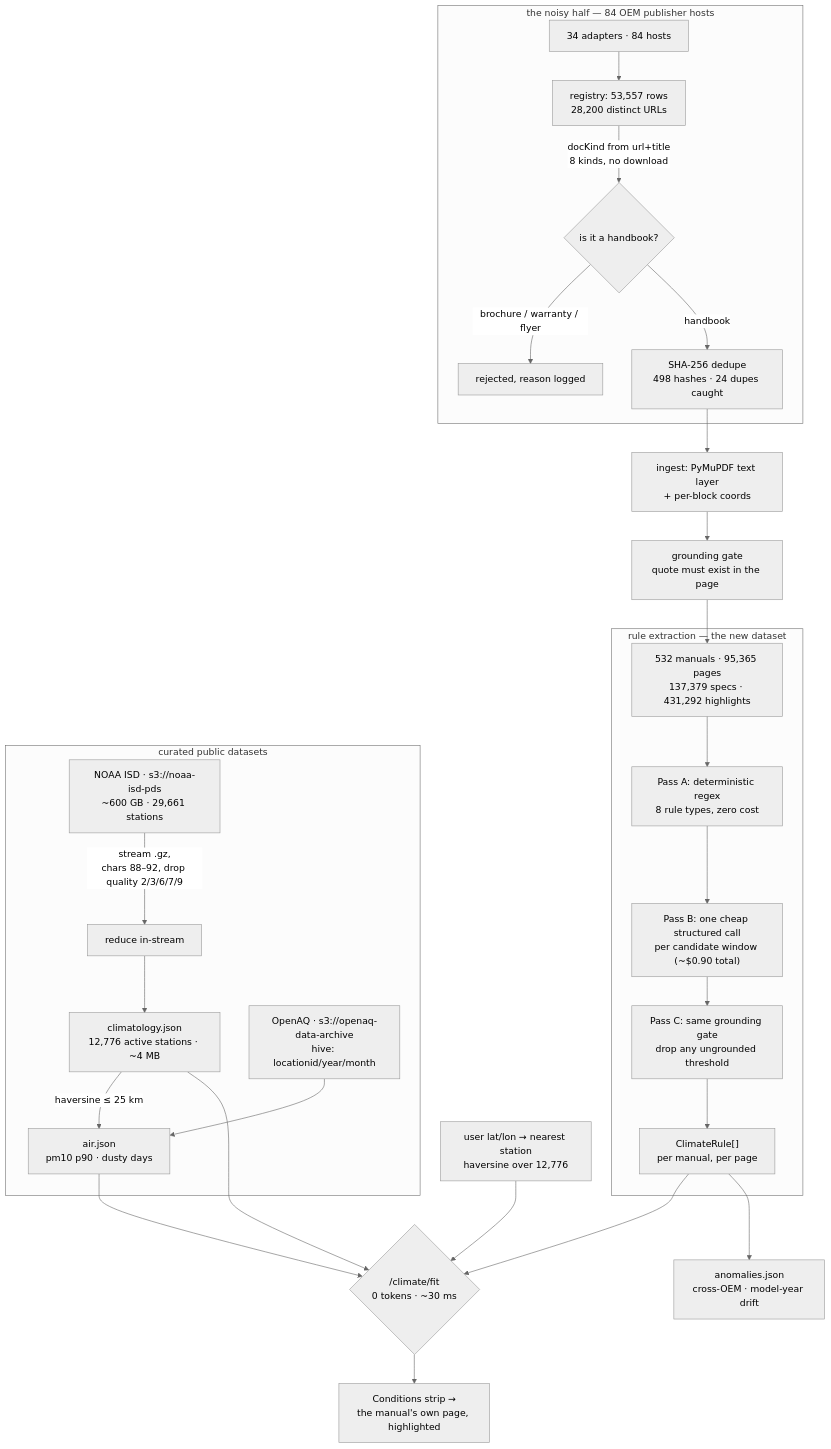
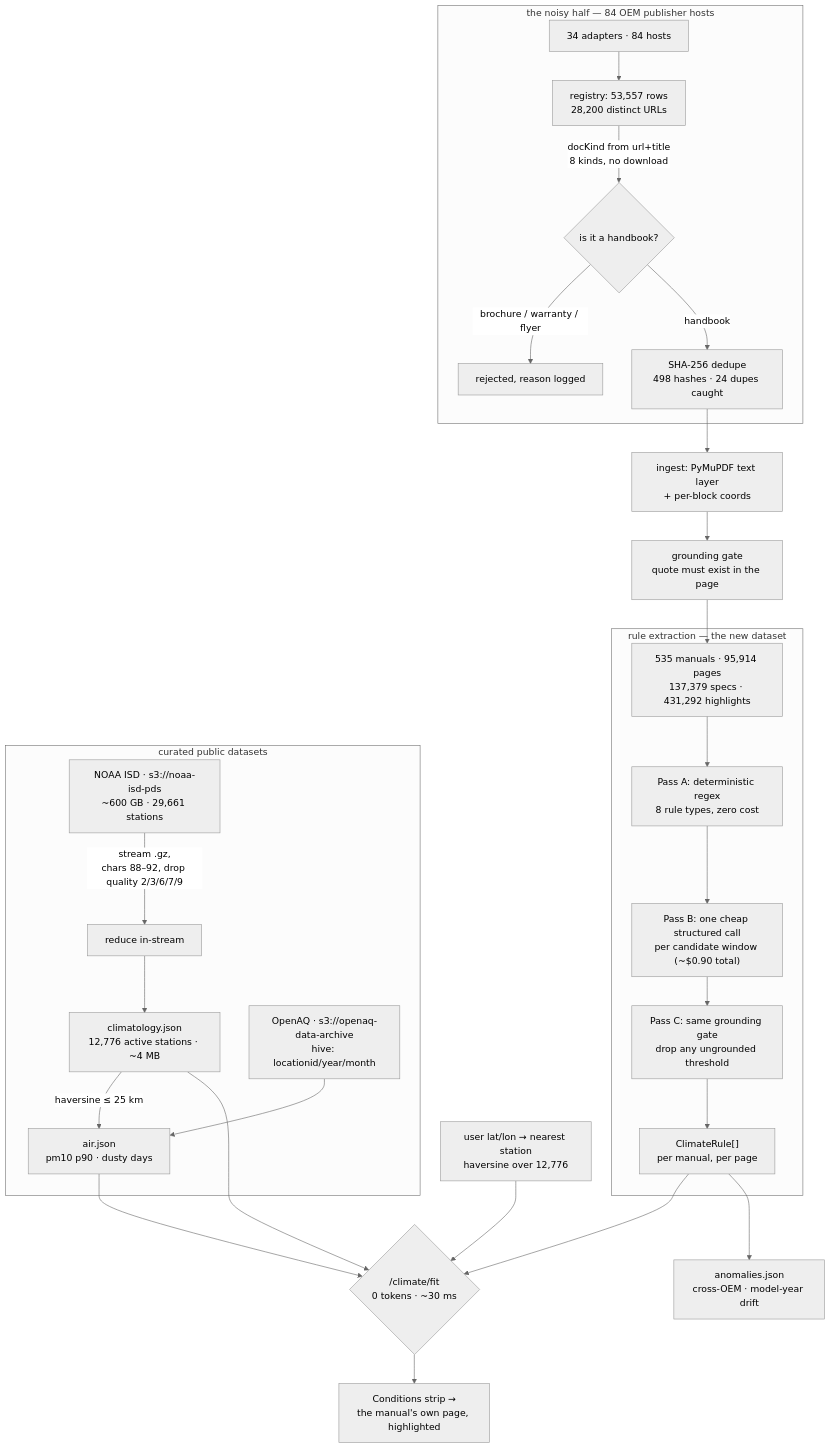
The diagram in docs/pitches/voloridge.md (lxorb/mechanica), drawn with Mermaid (neutral theme) before and after one commit. The commit also changed other lines of this file and 857 other files, not shown here.

````diff
--- a/docs/pitches/voloridge.md
+++ b/docs/pitches/voloridge.md
@@ -116,34 +122,34 @@
 ```mermaid
 flowchart TB
   subgraph noisy["the noisy half — 84 OEM publisher hosts"]
     P["34 adapters · 84 hosts"] --> R["registry: 53,557 rows<br/>28,200 distinct URLs"]
     R -->|"docKind from url+title<br/>8 kinds, no download"| C{"is it a handbook?"}
     C -->|brochure / warranty / flyer| X["rejected, reason logged"]
     C -->|handbook| H["SHA-256 dedupe<br/>498 hashes · 24 dupes caught"]
   end
 
   H --> ING["ingest: PyMuPDF text layer<br/>+ per-block coords"]
   ING --> GR["grounding gate<br/>quote must exist in the page"]
-  GR --> CORP["532 manuals · 95,365 pages<br/>137,379 specs · 431,292 highlights"]
+  GR --> CORP["535 manuals · 95,914 pages<br/>137,379 specs · 431,292 highlights"]
 
   subgraph rb["rule extraction — the new dataset"]
     CORP --> A["Pass A: deterministic regex<br/>8 rule types, zero cost"]
     A --> B["Pass B: one cheap structured call<br/>per candidate window (~$0.90 total)"]
     B --> G2["Pass C: same grounding gate<br/>drop any ungrounded threshold"]
     G2 --> RULES["ClimateRule[]<br/>per manual, per page"]
   end
 
   subgraph ext["curated public datasets"]
     ISD["NOAA ISD · s3://noaa-isd-pds<br/>~600 GB · 29,661 stations"] -->|"stream .gz,<br/>chars 88–92, drop quality 2/3/6/7/9"| RED["reduce in-stream"]
     RED --> CLIM["climatology.json<br/>12,776 active stations · ~4 MB"]
     AQ["OpenAQ · s3://openaq-data-archive<br/>hive: locationid/year/month"] --> AIR["air.json<br/>pm10 p90 · dusty days"]
     CLIM -->|"haversine ≤ 25 km"| AIR
   end
 
   RULES --> FIT{"/climate/fit<br/>0 tokens · ~30 ms"}
   CLIM --> FIT
   AIR --> FIT
   LOC["user lat/lon → nearest station<br/>haversine over 12,776"] --> FIT
   FIT --> UI["Conditions strip →<br/>the manual's own page, highlighted"]
   RULES --> AN["anomalies.json<br/>cross-OEM · model-year drift"]
 ```
````
